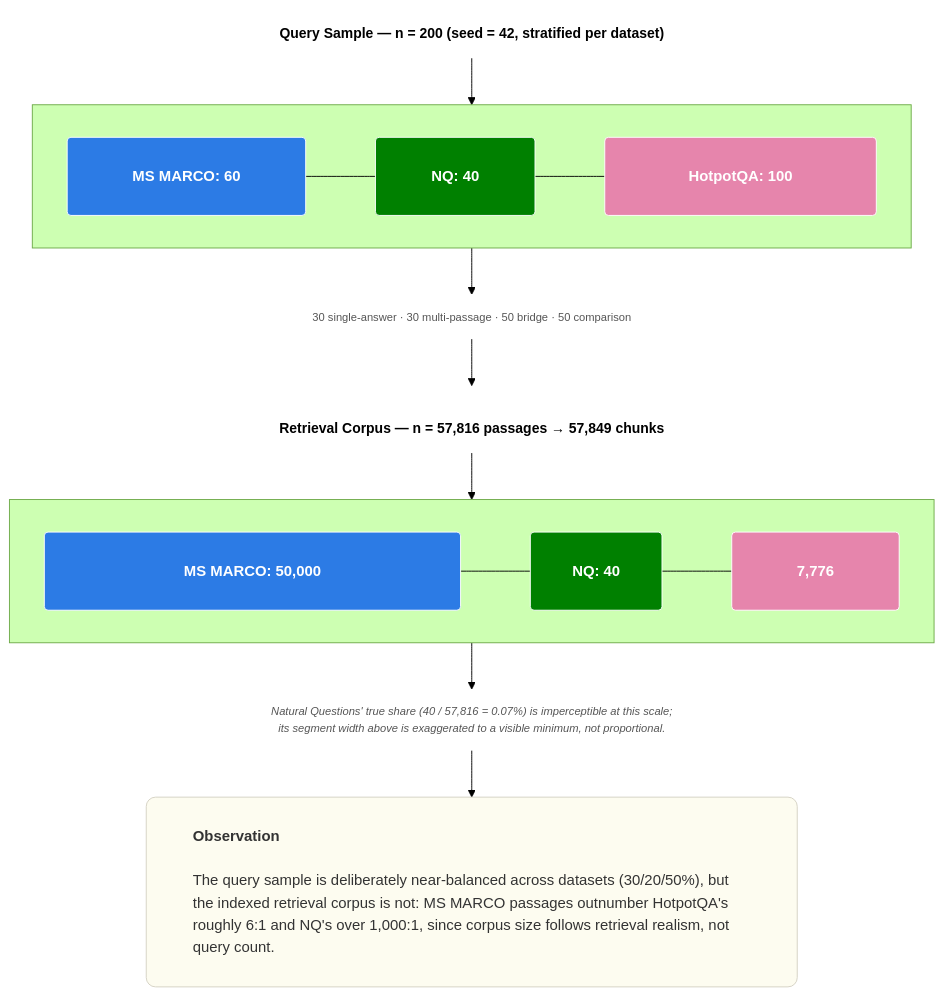
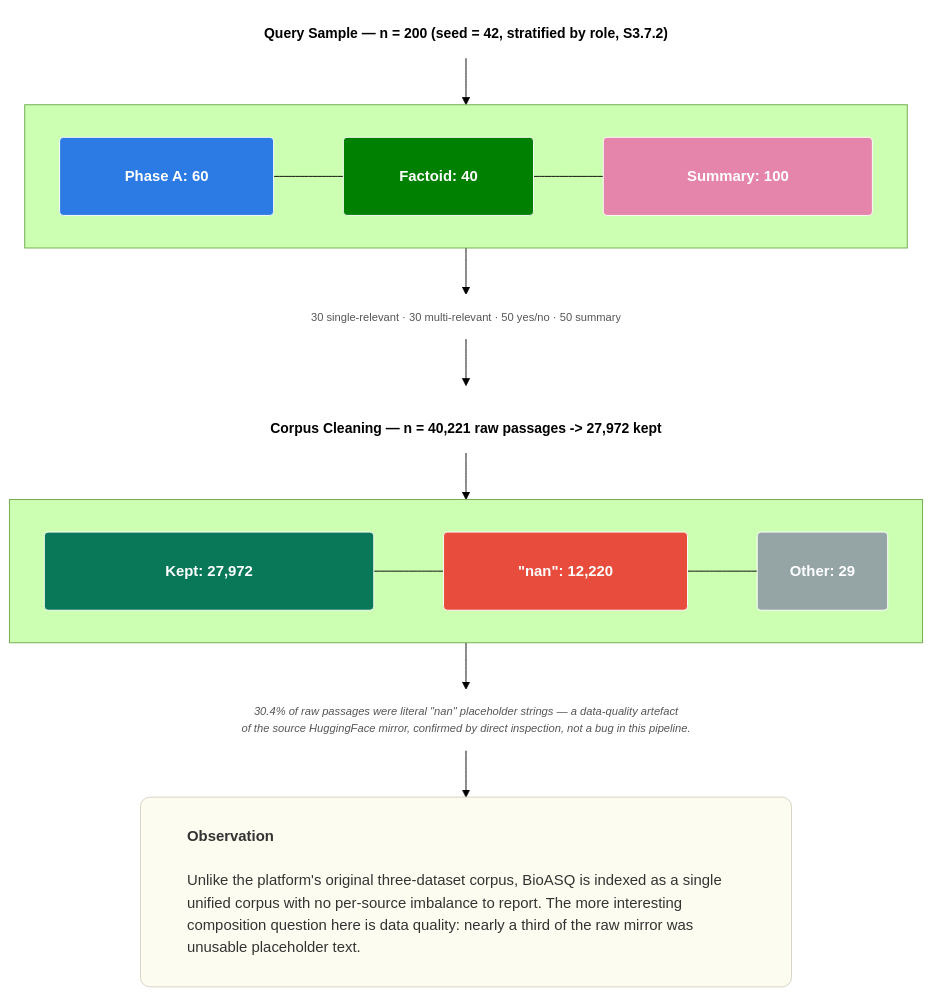
The diagram in docs/diagrams/ragscope_query_sampling_corpus_composition.mmd (samueladole/MDATS79), drawn with Mermaid (forest theme) before and after one commit. The commit also changed 2 other files, not shown here.

Commit message:
Update Mermaid diagram sources for BioASQ
Content-only edits (labels, passage/query counts) to the .mmd sources
so they're correct whenever they're next rendered; rendering itself
requires Node/mermaid-cli, unavailable in this environment.

```diff
--- a/docs/diagrams/ragscope_query_sampling_corpus_composition.mmd
+++ b/docs/diagrams/ragscope_query_sampling_corpus_composition.mmd
@@ -1,48 +1,51 @@
 graph TD
     %% Custom Styles
     classDef blue fill:#2C7BE5,stroke:#ffffff,color:#ffffff,font-weight:bold,rx:4px,ry:4px;
     classDef green fill:#008000,stroke:#ffffff,color:#ffffff,font-weight:bold,rx:4px,ry:4px;
     classDef pink fill:#E685AC,stroke:#ffffff,color:#ffffff,font-weight:bold,rx:4px,ry:4px;
+    classDef teal fill:#087858,stroke:#ffffff,color:#ffffff,font-weight:bold,rx:4px,ry:4px;
+    classDef red fill:#E74C3C,stroke:#ffffff,color:#ffffff,font-weight:bold,rx:4px,ry:4px;
+    classDef grey fill:#95A5A6,stroke:#ffffff,color:#ffffff,font-weight:bold,rx:4px,ry:4px;
     classDef header fill:none,stroke:none,color:#000000;
     classDef text fill:none,stroke:none,color:#555555,font-size:12px;
     classDef obs fill:#FDFCF0,stroke:#D4D1C3,color:#333333,rx:10px,ry:10px;
 
-    %% 1. Query Sample Section
-    S1["<div style='white-space: nowrap; font-size: 15px; font-weight: bold;'>Query Sample — n = 200 (seed = 42, stratified per dataset)</div>"]:::header
+    %% 1. Query Sample Section (stratified by BioASQ role, not by dataset)
+    S1["<div style='white-space: nowrap; font-size: 15px; font-weight: bold;'>Query Sample — n = 200 (seed = 42, stratified by role, S3.7.2)</div>"]:::header
 
     subgraph Bar1 [" "]
         direction LR
-        Q_MS["<div style='white-space: nowrap; padding: 15px 40px;'>MS MARCO: 60</div>"]:::blue
-        Q_NQ["<div style='white-space: nowrap; padding: 15px 30px;'>NQ: 40</div>"]:::green
-        Q_HP["<div style='white-space: nowrap; padding: 15px 60px;'>HotpotQA: 100</div>"]:::pink
-        Q_MS --- Q_NQ --- Q_HP
+        Q_PA["<div style='white-space: nowrap; padding: 15px 40px;'>Phase A: 60</div>"]:::blue
+        Q_FA["<div style='white-space: nowrap; padding: 15px 30px;'>Factoid: 40</div>"]:::green
+        Q_SU["<div style='white-space: nowrap; padding: 15px 60px;'>Summary: 100</div>"]:::pink
+        Q_PA --- Q_FA --- Q_SU
     end
 
-    %% Split sub-labels using inline HTML for exact color matching and spacing
-    S1_SUB["<div style='white-space: nowrap;'><span style='color: #2C7BE5;'>30 single-answer · 30 multi-passage · </span><span style='color: #E685AC;'>50 bridge · 50 comparison</span></div>"]:::text
+    S1_SUB["<div style='white-space: nowrap;'><span style='color: #2C7BE5;'>30 single-relevant · 30 multi-relevant · </span><span style='color: #E685AC;'>50 yes/no · 50 summary</span></div>"]:::text
 
     S1 --> Bar1
     Bar1 --> S1_SUB
 
-    %% 2. Retrieval Corpus Section
-    S2["<div style='white-space: nowrap; font-size: 15px; font-weight: bold; margin-top: 20px;'>Retrieval Corpus — n = 57,816 passages → 57,849 chunks</div>"]:::header
+    %% 2. Corpus Cleaning Section (BioASQ is a single unified corpus — the
+    %% interesting composition question is raw-to-cleaned reduction, not
+    %% per-dataset share, since there is only one source now)
+    S2["<div style='white-space: nowrap; font-size: 15px; font-weight: bold; margin-top: 20px;'>Corpus Cleaning — n = 40,221 raw passages -&gt; 27,972 kept</div>"]:::header
 
     subgraph Bar2 [" "]
         direction LR
-        C_MS["<div style='white-space: nowrap; padding: 15px 120px;'>MS MARCO: 50,000</div>"]:::blue
-        C_NQ["<div style='white-space: nowrap; padding: 15px 15px;'>NQ: 40</div>"]:::green
-        C_HP["<div style='white-space: nowrap; padding: 15px 40px;'>7,776</div>"]:::pink
-        C_MS --- C_NQ --- C_HP
+        C_KEPT["<div style='white-space: nowrap; padding: 15px 100px;'>Kept: 27,972</div>"]:::teal
+        C_NAN["<div style='white-space: nowrap; padding: 15px 50px;'>&quot;nan&quot;: 12,220</div>"]:::red
+        C_OTHER["<div style='white-space: nowrap; padding: 15px 5px;'>Other: 29</div>"]:::grey
+        C_KEPT --- C_NAN --- C_OTHER
     end
 
-    %% Controlled width for the italicized note so it wraps correctly without breaking the layout
-    S2_NOTE["<div style='width: 600px; text-align: center; font-style: italic; color: #666;'>Natural Questions' true share (40 / 57,816 = 0.07%) is imperceptible at this scale;<br/>its segment width above is exaggerated to a visible minimum, not proportional.</div>"]:::text
+    S2_NOTE["<div style='width: 600px; text-align: center; font-style: italic; color: #666;'>30.4% of raw passages were literal &quot;nan&quot; placeholder strings — a data-quality artefact<br/>of the source HuggingFace mirror, confirmed by direct inspection, not a bug in this pipeline.</div>"]:::text
 
     S1_SUB --> S2
     S2 --> Bar2
     Bar2 --> S2_NOTE
 
     %% 3. Observation Box
-    OBS["<div style='width: 600px; text-align: left; padding: 15px 20px;'><strong>Observation</strong><br/><br/>The query sample is deliberately near-balanced across datasets (30/20/50%), but the indexed retrieval corpus is not: MS MARCO passages outnumber HotpotQA's roughly 6:1 and NQ's over 1,000:1, since corpus size follows retrieval realism, not query count.</div>"]:::obs
+    OBS["<div style='width: 600px; text-align: left; padding: 15px 20px;'><strong>Observation</strong><br/><br/>Unlike the platform's original three-dataset corpus, BioASQ is indexed as a single unified corpus with no per-source imbalance to report. The more interesting composition question here is data quality: nearly a third of the raw mirror was unusable placeholder text.</div>"]:::obs
 
     S2_NOTE --> OBS
```
